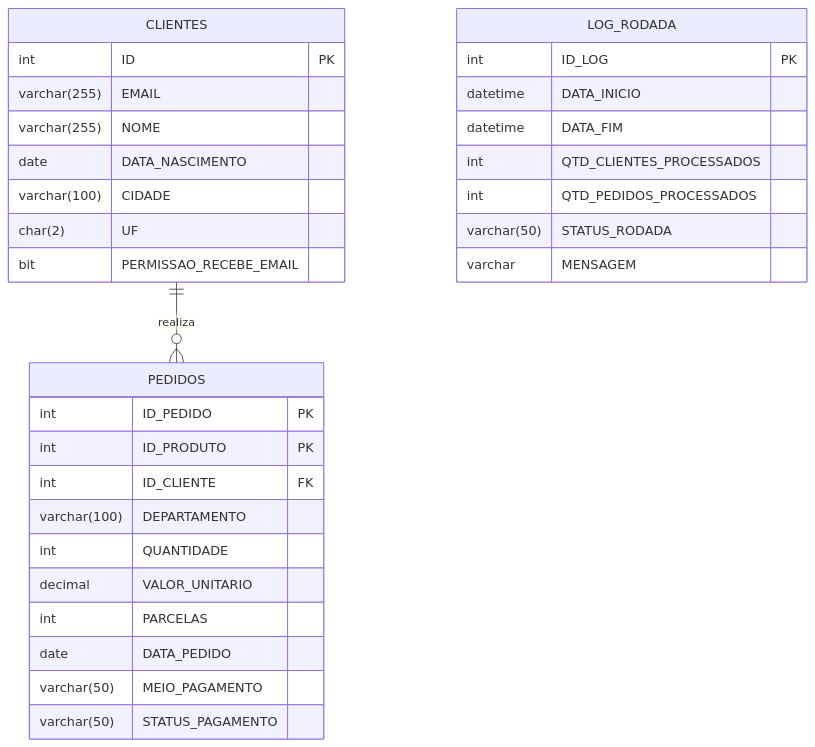
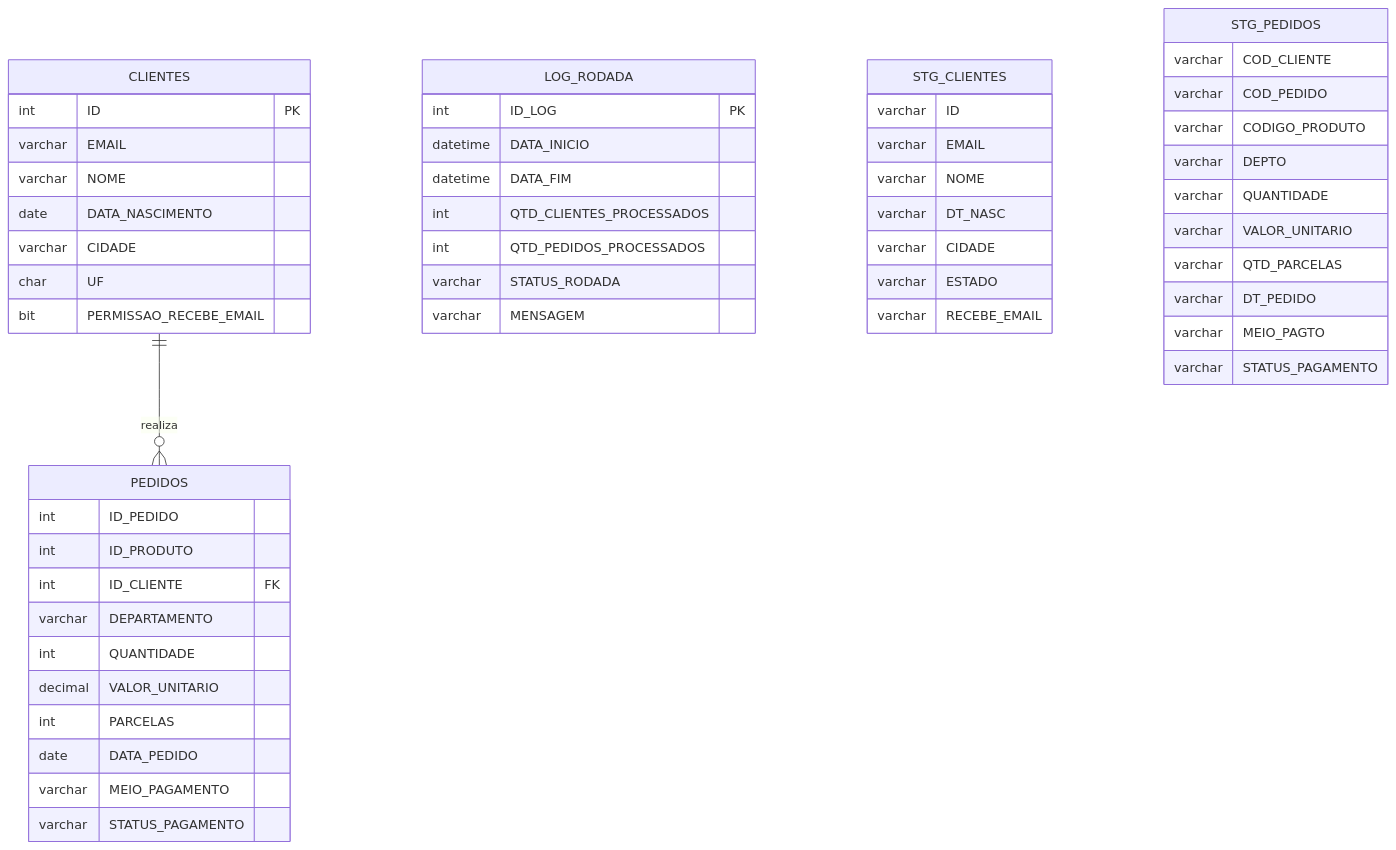
One commit to LuckasKings/teste-pmweb changed the diagram in README.md. Above: the diagram before and after it, drawn with Mermaid. The commit also changed other lines of this file and 4 other files, not shown here.

````diff
--- a/README.md
+++ b/README.md
@@ -4,38 +25,60 @@
 ```mermaid
 erDiagram
     CLIENTES ||--o{ PEDIDOS : "realiza"
-    
+
     CLIENTES {
         int ID PK
-        varchar(255) EMAIL
-        varchar(255) NOME
+        varchar EMAIL
+        varchar NOME
         date DATA_NASCIMENTO
-        varchar(100) CIDADE
-        char(2) UF
+        varchar CIDADE
+        char UF
         bit PERMISSAO_RECEBE_EMAIL
     }
-    
+
     PEDIDOS {
-        int ID_PEDIDO PK
-        int ID_PRODUTO PK
+        int ID_PEDIDO
+        int ID_PRODUTO
         int ID_CLIENTE FK
-        varchar(100) DEPARTAMENTO
+        varchar DEPARTAMENTO
         int QUANTIDADE
         decimal VALOR_UNITARIO
         int PARCELAS
         date DATA_PEDIDO
-        varchar(50) MEIO_PAGAMENTO
-        varchar(50) STATUS_PAGAMENTO
+        varchar MEIO_PAGAMENTO
+        varchar STATUS_PAGAMENTO
     }
-    
+
     LOG_RODADA {
         int ID_LOG PK
         datetime DATA_INICIO
         datetime DATA_FIM
         int QTD_CLIENTES_PROCESSADOS
         int QTD_PEDIDOS_PROCESSADOS
-        varchar(50) STATUS_RODADA
+        varchar STATUS_RODADA
         varchar MENSAGEM
     }
 
+    STG_CLIENTES {
+        varchar ID
+        varchar EMAIL
+        varchar NOME
+        varchar DT_NASC
+        varchar CIDADE
+        varchar ESTADO
+        varchar RECEBE_EMAIL
+    }
+
+    STG_PEDIDOS {
+        varchar COD_CLIENTE
+        varchar COD_PEDIDO
+        varchar CODIGO_PRODUTO
+        varchar DEPTO
+        varchar QUANTIDADE
+        varchar VALOR_UNITARIO
+        varchar QTD_PARCELAS
+        varchar DT_PEDIDO
+        varchar MEIO_PAGTO
+        varchar STATUS_PAGAMENTO
+    }
 ```
````
